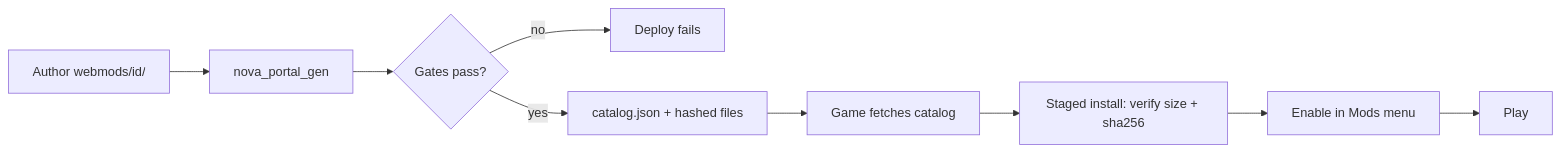
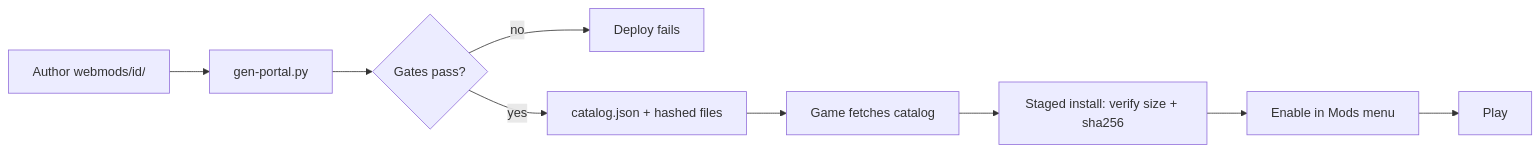
Before and after one commit to alexjercan/nova-protocol: the diagram in web/src/wiki/dev/guide-make-a-mod.md, drawn with Mermaid. The commit also changed other lines of this file and 8 other files, not shown here.

First line of the commit message:
refactor(portal): port nova_portal_gen to a stdlib Python build-time script

````diff
--- a/web/src/wiki/dev/guide-make-a-mod.md
+++ b/web/src/wiki/dev/guide-make-a-mod.md
@@ -336,11 +338,11 @@
 ```mermaid
 flowchart LR
-    Author[Author webmods/id/] --> Gen[nova_portal_gen]
+    Author[Author webmods/id/] --> Gen[gen-portal.py]
     Gen --> Validate{Gates pass?}
     Validate -- no --> Fail[Deploy fails]
     Validate -- yes --> Publish[catalog.json + hashed files]
     Publish --> Fetch[Game fetches catalog]
     Fetch --> Install[Staged install: verify size + sha256]
     Install --> Enable[Enable in Mods menu]
     Enable --> Play[Play]
 ```
````
